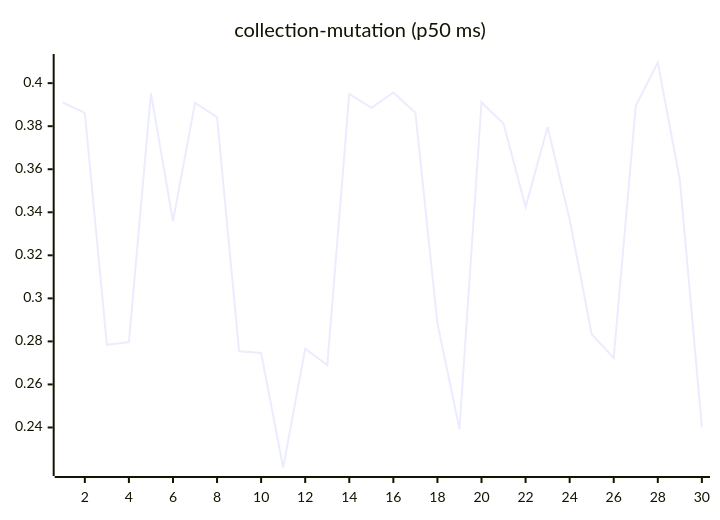
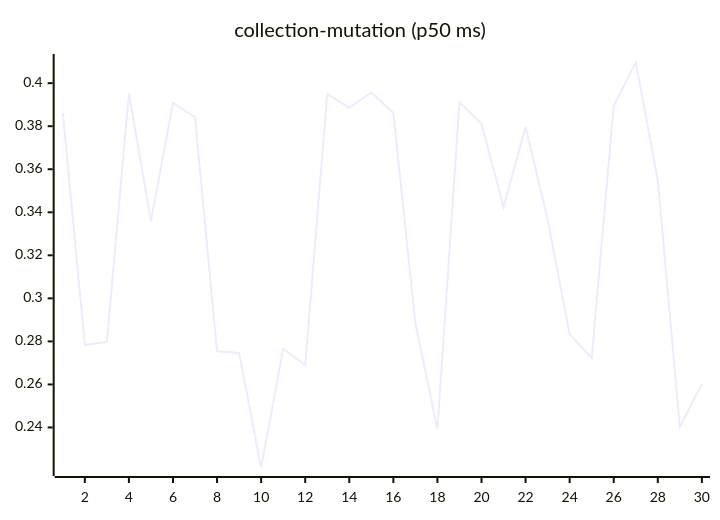
One commit to josha/Facet changed the sixth of 27 diagrams in README.md. Above: the diagram before and after it, drawn with Mermaid. The commit also changed other lines of this file and 2 other files, not shown here.

````diff
--- a/README.md
+++ b/README.md
@@ -98,6 +98,6 @@
 ```mermaid
 xychart-beta
     title "collection-mutation (p50 ms)"
     x-axis 1 --> 30
-    line [0.3910, 0.3862, 0.2784, 0.2797, 0.3953, 0.3359, 0.3908, 0.3842, 0.2754, 0.2746, 0.2214, 0.2766, 0.2690, 0.3950, 0.3885, 0.3957, 0.3863, 0.2883, 0.2393, 0.3911, 0.3811, 0.3424, 0.3796, 0.3367, 0.2833, 0.2723, 0.3895, 0.4096, 0.3550, 0.2402]
+    line [0.3862, 0.2784, 0.2797, 0.3953, 0.3359, 0.3908, 0.3842, 0.2754, 0.2746, 0.2214, 0.2766, 0.2690, 0.3950, 0.3885, 0.3957, 0.3863, 0.2883, 0.2393, 0.3911, 0.3811, 0.3424, 0.3796, 0.3367, 0.2833, 0.2723, 0.3895, 0.4096, 0.3550, 0.2402, 0.2602]
 ```
````
